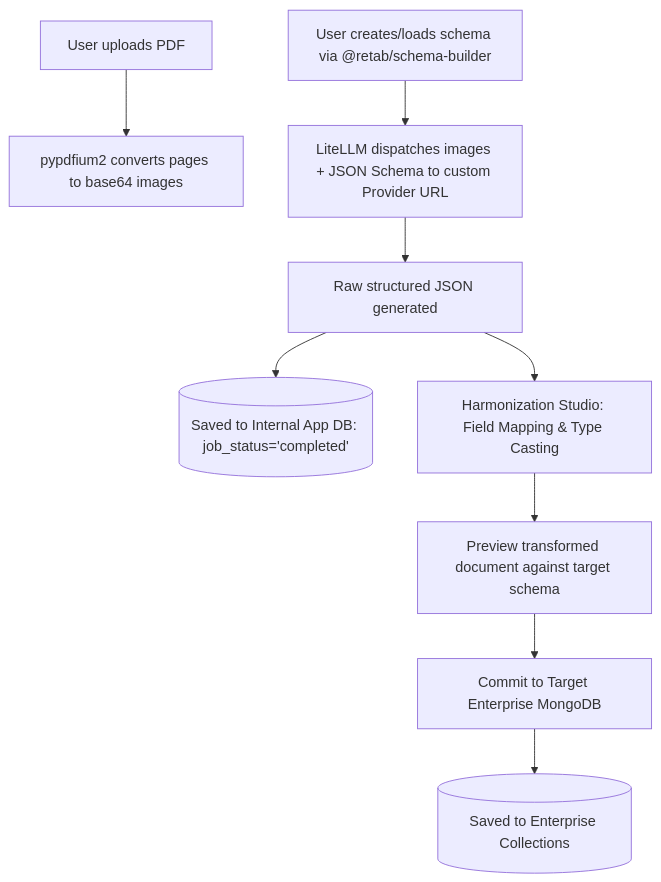
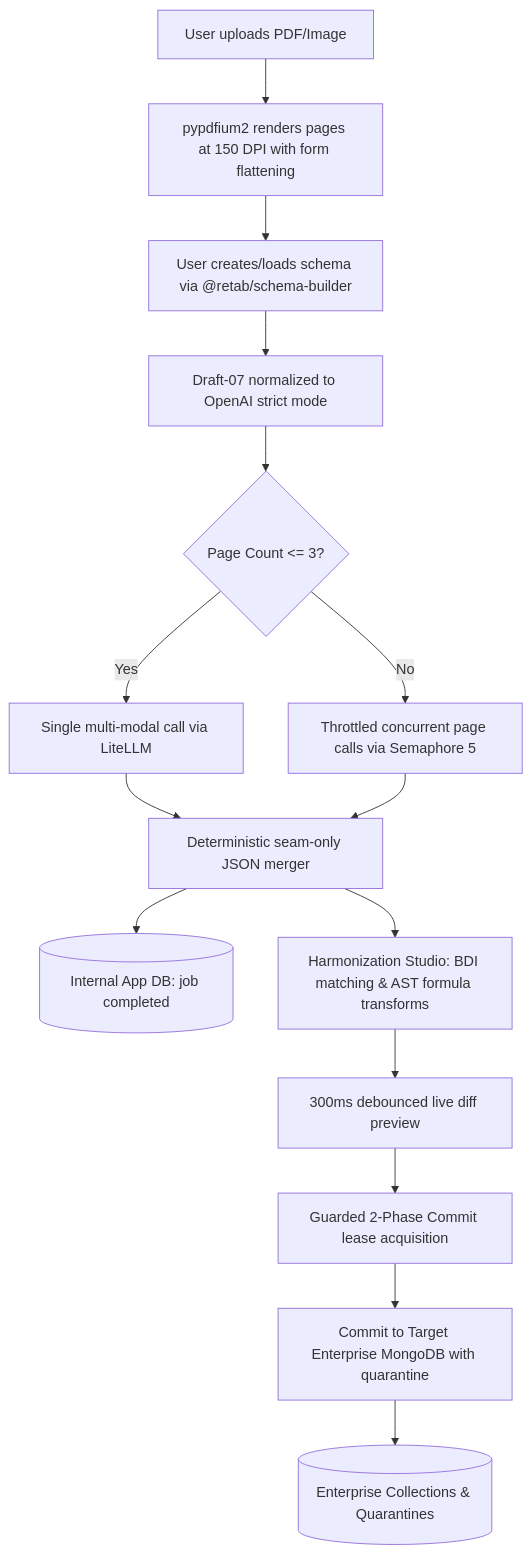
The second of 3 diagrams in docs/Master Architecture spec.md (GianmarcoFossato/Hamon), drawn with Mermaid before and after one commit. The commit also changed other lines of this file and 38 other files, not shown here.

````diff
--- a/docs/Master Architecture spec.md
+++ b/docs/Master Architecture spec.md
@@ -69,11 +77,17 @@
 ```mermaid
 graph TD
-    PDF[User uploads PDF] --> Renderer[pypdfium2 converts pages to base64 images]
-    Schema[User creates/loads schema via @retab/schema-builder] --> VLM[LiteLLM dispatches images + JSON Schema to custom Provider URL]
-    VLM --> RawJSON[Raw structured JSON generated]
-    RawJSON --> AppDB[(Saved to Internal App DB: job_status='completed')]
-    RawJSON --> Harmonizer[Harmonization Studio: Field Mapping & Type Casting]
-    Harmonizer --> TargetPreview[Preview transformed document against target schema]
-    TargetPreview --> Commit[Commit to Target Enterprise MongoDB]
-    Commit --> TargetDB[(Saved to Enterprise Collections)]
+    Upload[User uploads PDF/Image] --> Ingestion[pypdfium2 renders pages at 150 DPI with form flattening]
+    Ingestion --> Schema[User creates/loads schema via @retab/schema-builder]
+    Schema --> StrictNorm[Draft-07 normalized to OpenAI strict mode]
+    StrictNorm --> Threshold{Page Count <= 3?}
+    Threshold -- "Yes" --> DirectVLM[Single multi-modal call via LiteLLM]
+    Threshold -- "No" --> ParallelVLM[Throttled concurrent page calls via Semaphore 5]
+    DirectVLM --> JSONMerge[Deterministic seam-only JSON merger]
+    ParallelVLM --> JSONMerge
+    JSONMerge --> AppDB[(Internal App DB: job completed)]
+    JSONMerge --> Harmonizer[Harmonization Studio: BDI matching & AST formula transforms]
+    Harmonizer --> LivePreview[300ms debounced live diff preview]
+    LivePreview --> CommitLease[Guarded 2-Phase Commit lease acquisition]
+    CommitLease --> EnterpriseCommit[Commit to Target Enterprise MongoDB with quarantine]
+    EnterpriseCommit --> TargetDB[(Enterprise Collections & Quarantines)]
 ```
````
